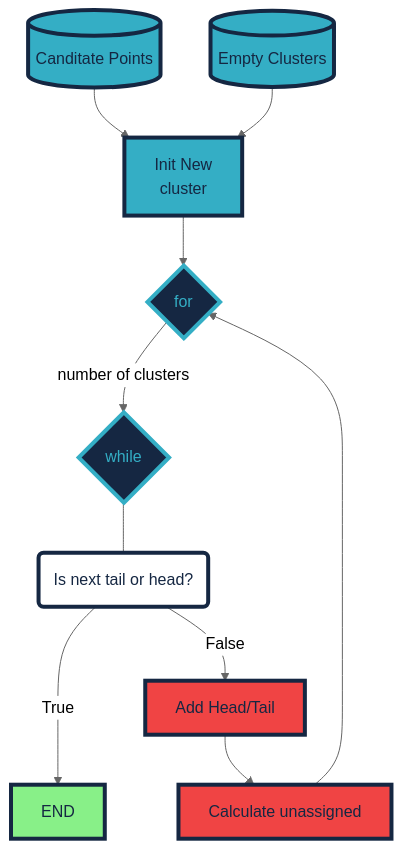
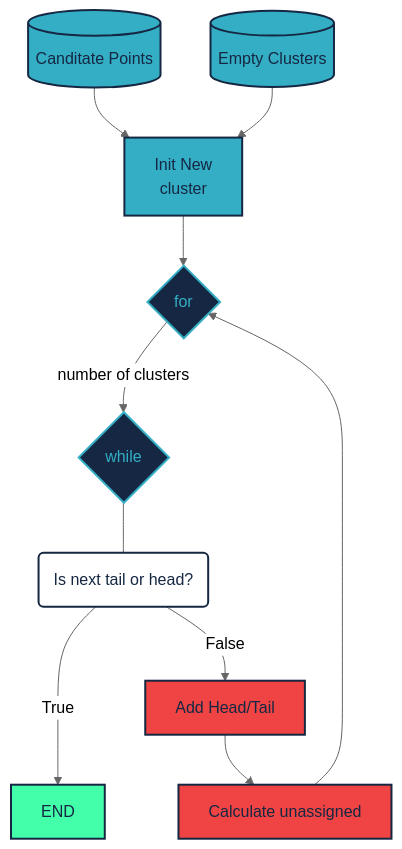
The diagram in notebooks/flowchart.md (jkk-research/lidar_cluster_ros2), drawn with Mermaid (neutral theme) before and after one commit. The commit also changed 7 other files, not shown here.

````diff
--- a/notebooks/flowchart.md
+++ b/notebooks/flowchart.md
@@ -3,16 +3,16 @@
 ``` mermaid
 graph TD;
 
     CalculatePoints[(Canditate Points)]:::style1 --> InitNewCluster[Init New cluster ]
     EmptyClusters[(Empty Clusters)]:::style1 --> InitNewCluster[Init New <br> cluster ]
     InitNewCluster:::style1 --> FOR{for}
-    WHILE:::style2 --- question( Is next tail or head?) --->|True|END:::style5
-    FOR:::style2 --> |number of clusters|WHILE{while}
-    question:::style3 -->|False|ADD_Head/Tail[Add Head/Tail]:::style4 --> CalculateUnassigned[Calculate unassigned]
-    CalculateUnassigned:::style4 --> FOR 
-    classDef style1 fill:#34aec5,stroke:#152742,stroke-width:4px,color:#152742  
-    classDef style2 fill:#152742,stroke:#34aec5,stroke-width:4px,color:#34aec5
-    classDef style3 fill:#ffffff,stroke:#152742,stroke-width:4px,color:#152742
-    classDef style4 fill:#f04444,stroke:#152742,stroke-width:4px,color:#152742
-    classDef style5 fill:#88f088,stroke:#152742,stroke-width:4px,color:#152742
+    WHILE:::dark --- question( Is next tail or head?) --->|True|END:::green
+    FOR:::dark --> |number of clusters|WHILE{while}
+    question:::white -->|False|ADD_Head/Tail[Add Head/Tail]:::red --> CalculateUnassigned[Calculate unassigned]
+    CalculateUnassigned:::red --> FOR 
+    classDef style1 fill:#34aec5,stroke:#152742,stroke-width:2px,color:#152742  
+    classDef dark fill:#152742,stroke:#34aec5,stroke-width:2px,color:#34aec5
+    classDef white fill:#ffffff,stroke:#152742,stroke-width:2px,color:#152742
+    classDef red fill:#f04444,stroke:#152742,stroke-width:2px,color:#152742
+    classDef green fill:#44ffaa,stroke:#152742,stroke-width:2px,color:#152742
 ```
````
